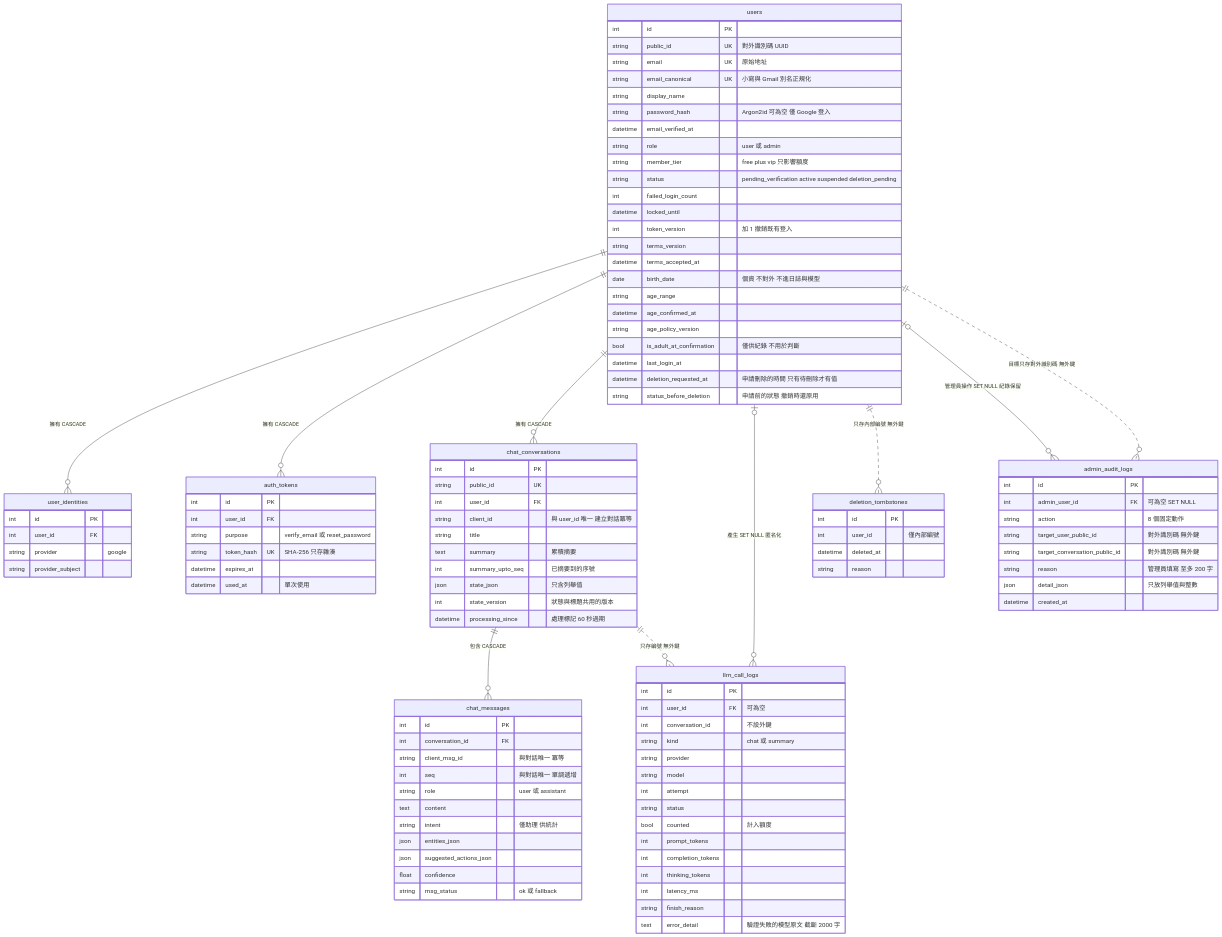
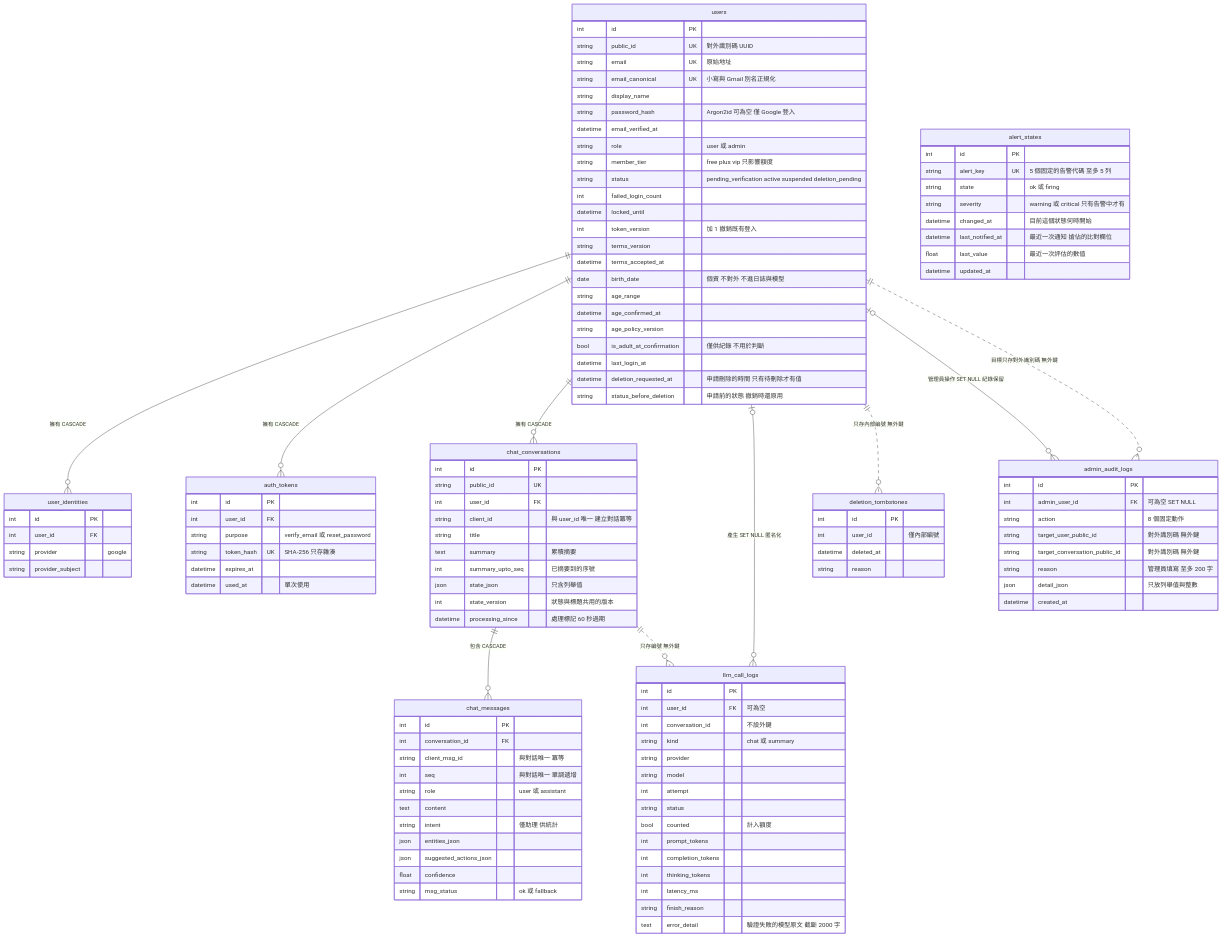
One commit to pp466pp466/R.A.C changed the first of 3 diagrams in docs/資料模型-data-model.md. Above: the diagram before and after it, drawn with Mermaid. The commit also changed other lines of this file and 34 other files, not shown here.

```diff
--- a/docs/資料模型-data-model.md
+++ b/docs/資料模型-data-model.md
@@ -105,6 +105,16 @@
         string finish_reason
         text error_detail "驗證失敗的模型原文 截斷 2000 字"
     }
+    alert_states {
+        int id PK
+        string alert_key UK "5 個固定的告警代碼 至多 5 列"
+        string state "ok 或 firing"
+        string severity "warning 或 critical 只有告警中才有"
+        datetime changed_at "目前這個狀態何時開始"
+        datetime last_notified_at "最近一次通知 搶佔的比對欄位"
+        float last_value "最近一次評估的數值"
+        datetime updated_at
+    }
     admin_audit_logs {
         int id PK
         int admin_user_id FK "可為空 SET NULL"
```
